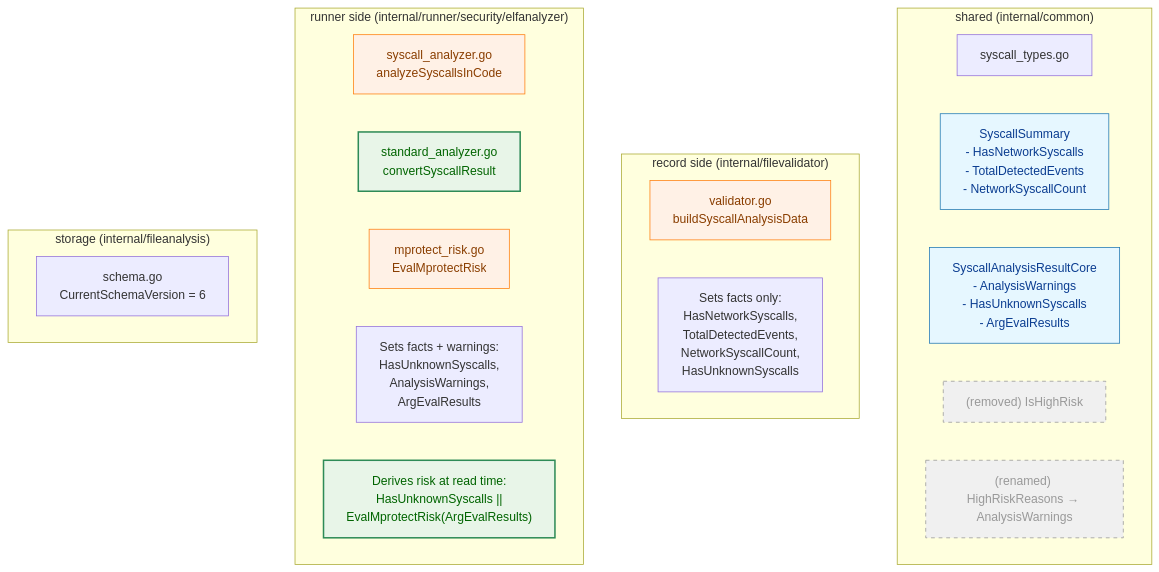
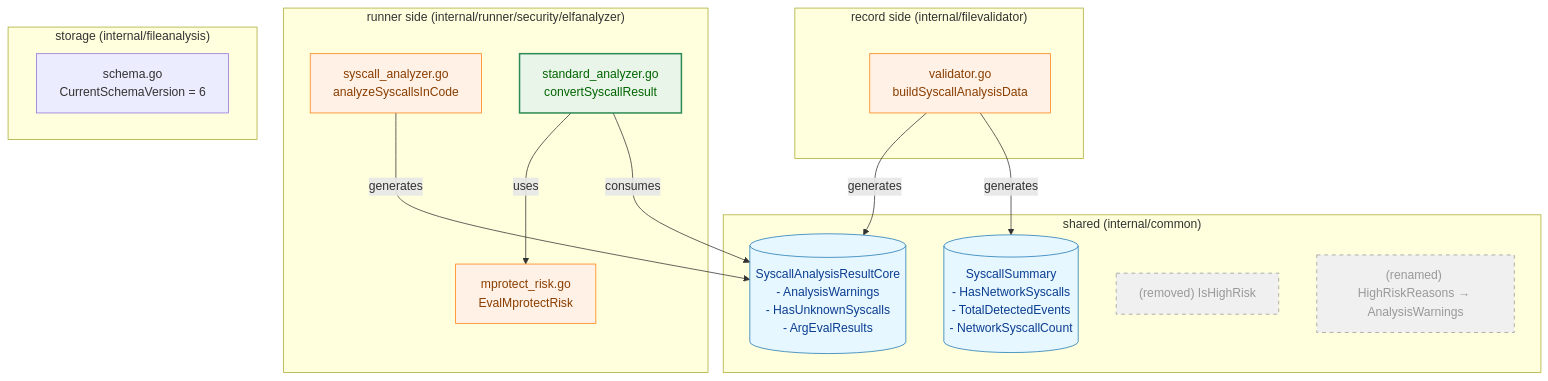
The fourth of 8 diagrams in docs/tasks/0080_remove_is_high_risk/02_architecture.md (isseis/go-safe-cmd-runner), drawn with Mermaid before and after one commit.

Commit message:
docs(0080): improve component diagram with dependency arrows
Replace explanatory text nodes (B1, C1, D1) with explicit arrows
showing data flow and component dependencies. Convert data structure
nodes to cylinder shape to distinguish them from process nodes.

````diff
--- a/docs/tasks/0080_remove_is_high_risk/02_architecture.md
+++ b/docs/tasks/0080_remove_is_high_risk/02_architecture.md
@@ -87,37 +87,39 @@
 ```mermaid
 graph TB
     classDef data fill:#e6f7ff,stroke:#1f77b4,stroke-width:1px,color:#0b3d91;
     classDef process fill:#fff1e6,stroke:#ff7f0e,stroke-width:1px,color:#8a3e00;
     classDef enhanced fill:#e8f5e8,stroke:#2e8b57,stroke-width:2px,color:#006400;
     classDef removed fill:#f0f0f0,stroke:#999999,stroke-width:1px,stroke-dasharray:5 5,color:#999999;
 
     subgraph "shared (internal/common)"
-        A["syscall_types.go"]
-        A1["SyscallSummary<br>- HasNetworkSyscalls<br>- TotalDetectedEvents<br>- NetworkSyscallCount"]
-        A2["SyscallAnalysisResultCore<br>- AnalysisWarnings<br>- HasUnknownSyscalls<br>- ArgEvalResults"]
+        A1[("SyscallSummary<br>- HasNetworkSyscalls<br>- TotalDetectedEvents<br>- NetworkSyscallCount")]
+        A2[("SyscallAnalysisResultCore<br>- AnalysisWarnings<br>- HasUnknownSyscalls<br>- ArgEvalResults")]
         A3["(removed) IsHighRisk"]
         A4["(renamed) HighRiskReasons → AnalysisWarnings"]
     end
 
     subgraph "record side (internal/filevalidator)"
         B["validator.go<br>buildSyscallAnalysisData"]
-        B1["Sets facts only:<br>HasNetworkSyscalls,<br>TotalDetectedEvents,<br>NetworkSyscallCount,<br>HasUnknownSyscalls"]
     end
 
     subgraph "runner side (internal/runner/security/elfanalyzer)"
         C["syscall_analyzer.go<br>analyzeSyscallsInCode"]
         D["standard_analyzer.go<br>convertSyscallResult"]
         E["mprotect_risk.go<br>EvalMprotectRisk"]
-        C1["Sets facts + warnings:<br>HasUnknownSyscalls,<br>AnalysisWarnings,<br>ArgEvalResults"]
-        D1["Derives risk at read time:<br>HasUnknownSyscalls ||<br>EvalMprotectRisk(ArgEvalResults)"]
     end
 
     subgraph "storage (internal/fileanalysis)"
         F["schema.go<br>CurrentSchemaVersion = 6"]
     end
 
+    B -->|"generates"| A1
+    B -->|"generates"| A2
+    C -->|"generates"| A2
+    D -->|"consumes"| A2
+    D -->|"uses"| E
+
     class A1,A2 data;
     class B,C,E process;
-    class D,D1 enhanced;
+    class D enhanced;
     class A3,A4 removed;
 ```
````
